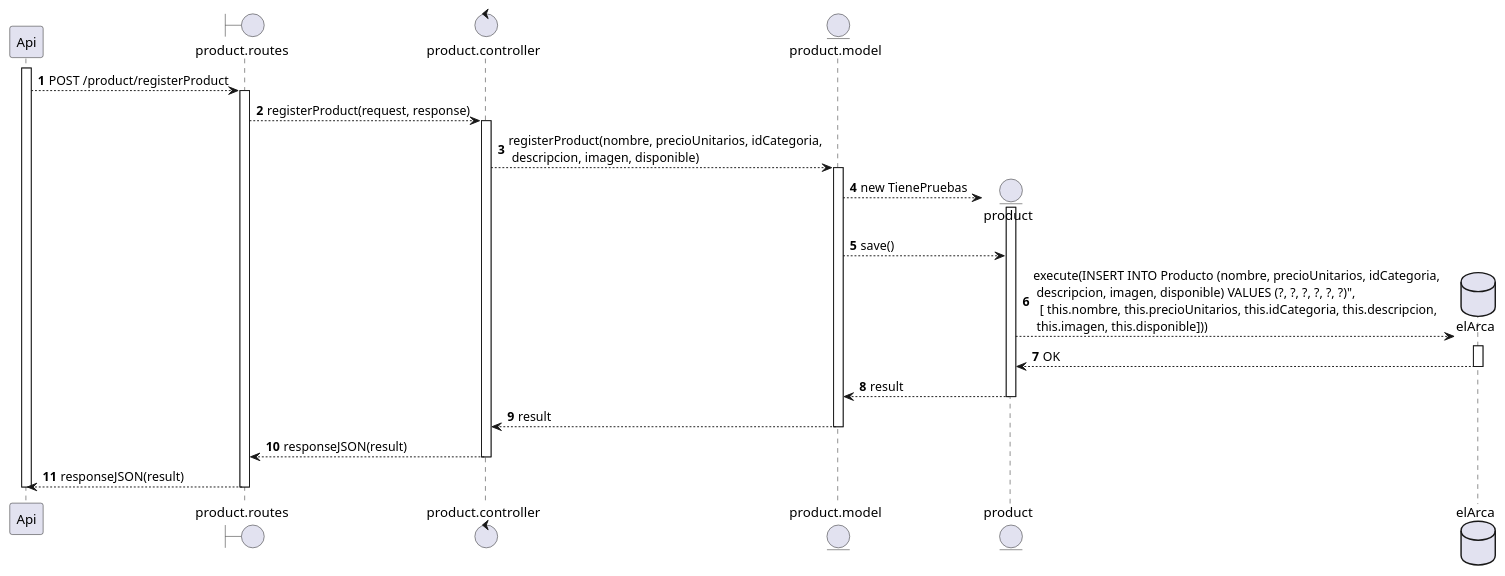
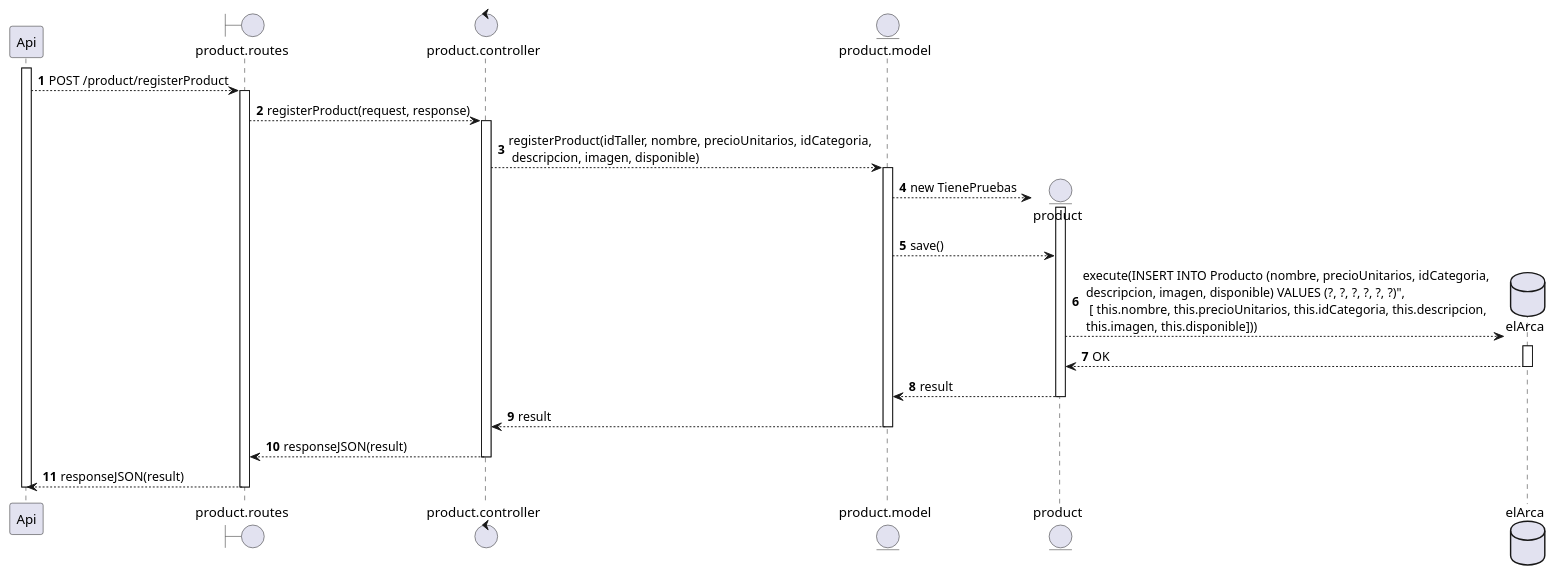
One commit to OlimpoHub/backend changed the diagram in Diagrams/registerProduct.puml. Above: the diagram before and after it, drawn with PlantUML. The commit also changed 4 other files, not shown here.

Commit message:
[ADD] routs, controller and model for RegisterProduct

```diff
--- a/Diagrams/registerProduct.puml
+++ b/Diagrams/registerProduct.puml
@@ -1,47 +1,47 @@
 @startuml INV-001 registerProduct
 participant Api
 boundary product.routes 
 control product.controller
 entity product.model
 
 
 autonumber
 activate Api
 Api --> product.routes : POST /product/registerProduct
 
 activate product.routes
 product.routes --> product.controller :  registerProduct(request, response)
 
 activate product.controller
-product.controller --> product.model : registerProduct(nombre, precioUnitarios, idCategoria,\n descripcion, imagen, disponible)
+product.controller --> product.model : registerProduct(idTaller, nombre, precioUnitarios, idCategoria,\n descripcion, imagen, disponible)
 
 create entity product
 
 activate product.model
 product.model --> product : new TienePruebas
 
 activate product
 product.model --> product : save()
 
 create database elArca
 
 product --> elArca : execute(INSERT INTO Producto (nombre, precioUnitarios, idCategoria,\n descripcion, imagen, disponible) VALUES (?, ?, ?, ?, ?, ?)",\n  [ this.nombre, this.precioUnitarios, this.idCategoria, this.descripcion,\n this.imagen, this.disponible]))
 
 activate elArca
 elArca --> product : OK
 
 deactivate elArca
 product --> product.model : result
 deactivate product
 
 product.model --> product.controller : result
 deactivate product.model
 
 product.controller --> product.routes : responseJSON(result)
 deactivate product.controller
 
 product.routes --> Api : responseJSON(result)
 deactivate product.routes
 deactivate Api
 
 @enduml
```
